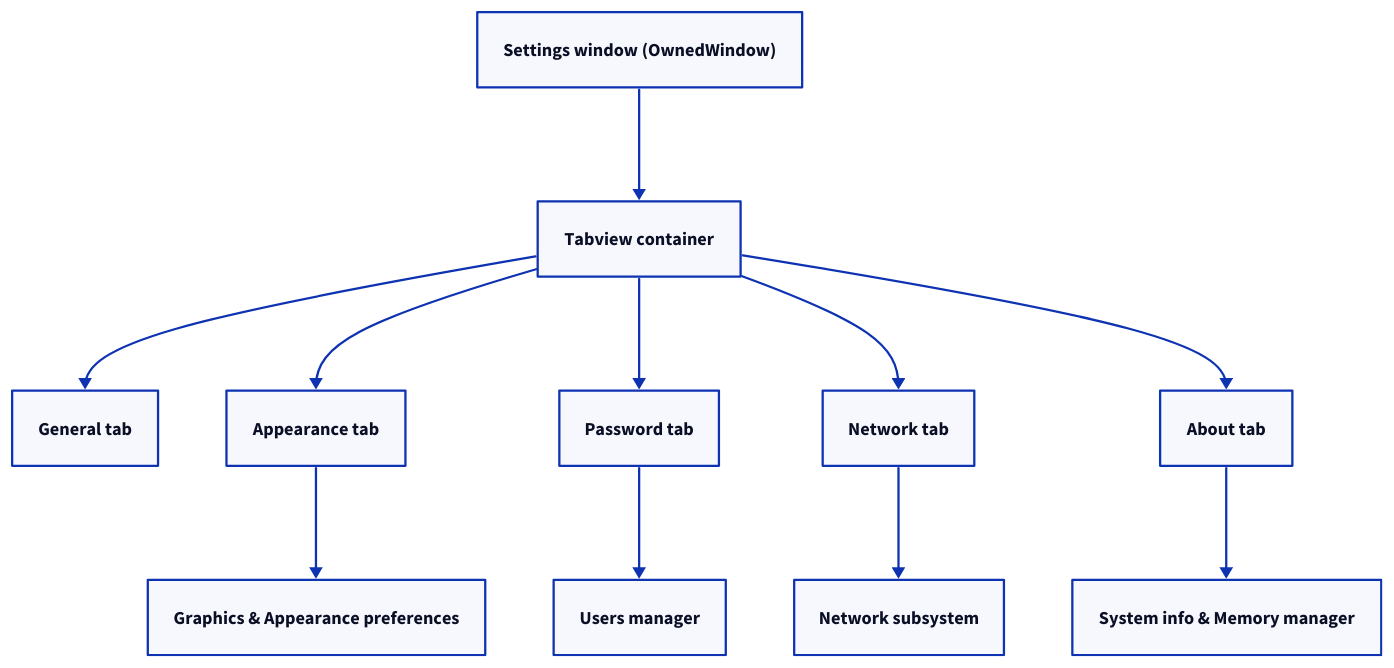
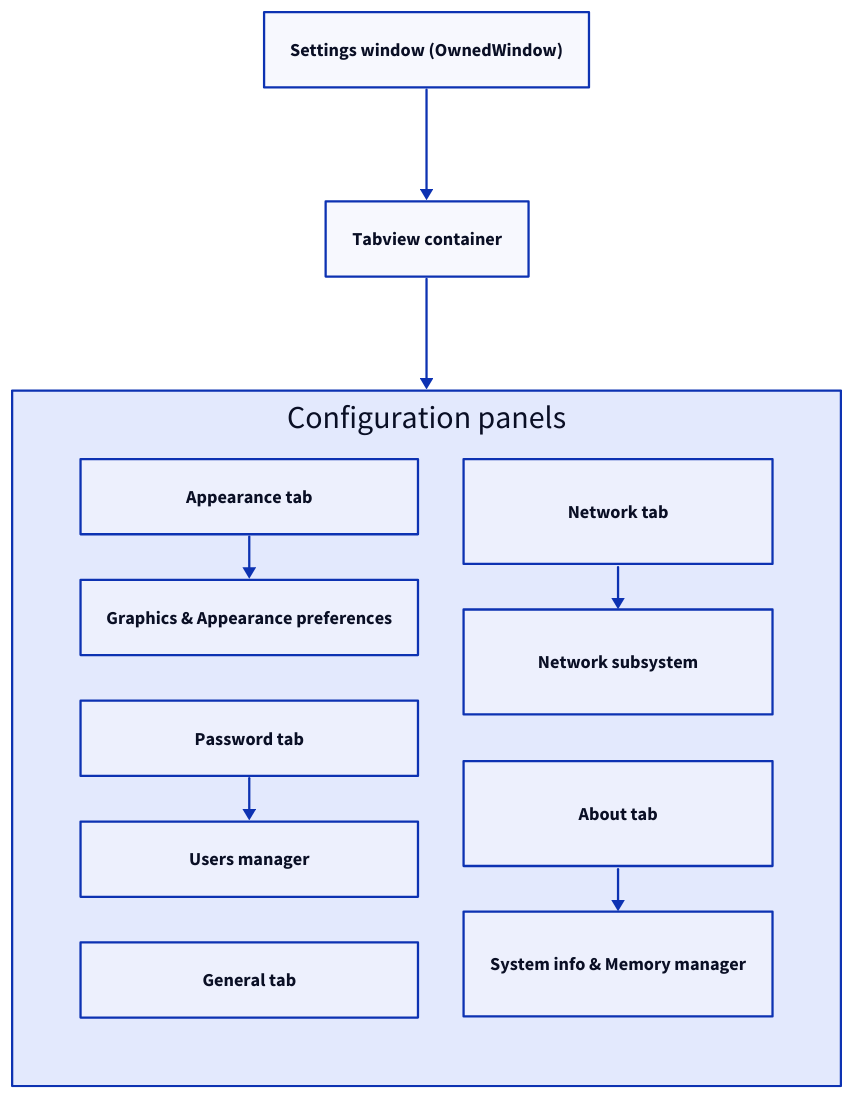
The diagram in src/content/docs/explanation/architecture/executables/settings.mdx (xila-project/website), drawn with D2 before and after one commit. The commit also changed 3 other files, not shown here.

First line of the commit message:
docs(diagrams): lay out the executables diagrams within 800 pixels

````diff
--- a/src/content/docs/explanation/architecture/executables/settings.mdx
+++ b/src/content/docs/explanation/architecture/executables/settings.mdx
@@ -32,26 +32,26 @@
 ```d2 title="Settings window, its five tabs, and the Core subsystems they use"
 direction: down
 
 window: "Settings window (OwnedWindow)" { class: focus }
 tabview: Tabview container { class: component }
-general: General tab { class: component }
-appearance: Appearance tab { class: component }
-password: Password tab { class: component }
-network: Network tab { class: component }
-about: About tab { class: component }
-graphics: "Graphics & Appearance preferences" { class: component }
-users: Users manager { class: component }
-network_subsystem: Network subsystem { class: component }
-system_info: "System info & Memory manager" { class: component }
+panels: Configuration panels {
+  class: layer
+  grid-columns: 2
+  appearance: Appearance tab { class: component }
+  graphics: "Graphics & Appearance preferences" { class: component }
+  password: Password tab { class: component }
+  users: Users manager { class: component }
+  general: General tab { class: component }
+  network: Network tab { class: component }
+  network_subsystem: Network subsystem { class: component }
+  about: About tab { class: component }
+  system_info: "System info & Memory manager" { class: component }
+}
 
 window -> tabview
-tabview -> general
-tabview -> appearance
-tabview -> password
-tabview -> network
-tabview -> about
-appearance -> graphics
-password -> users
-network -> network_subsystem
-about -> system_info
+tabview -> panels
+panels.appearance -> panels.graphics
+panels.password -> panels.users
+panels.network -> panels.network_subsystem
+panels.about -> panels.system_info
 ```
````
